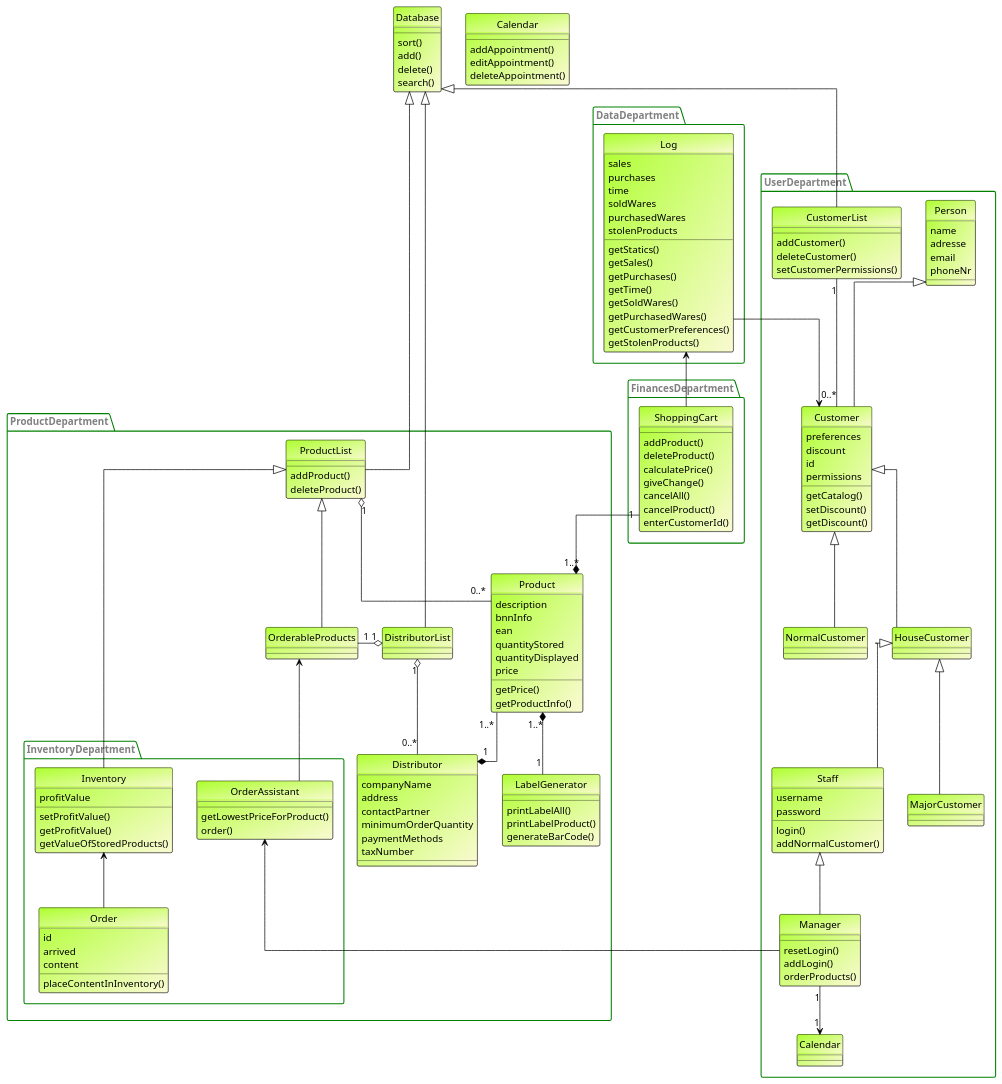
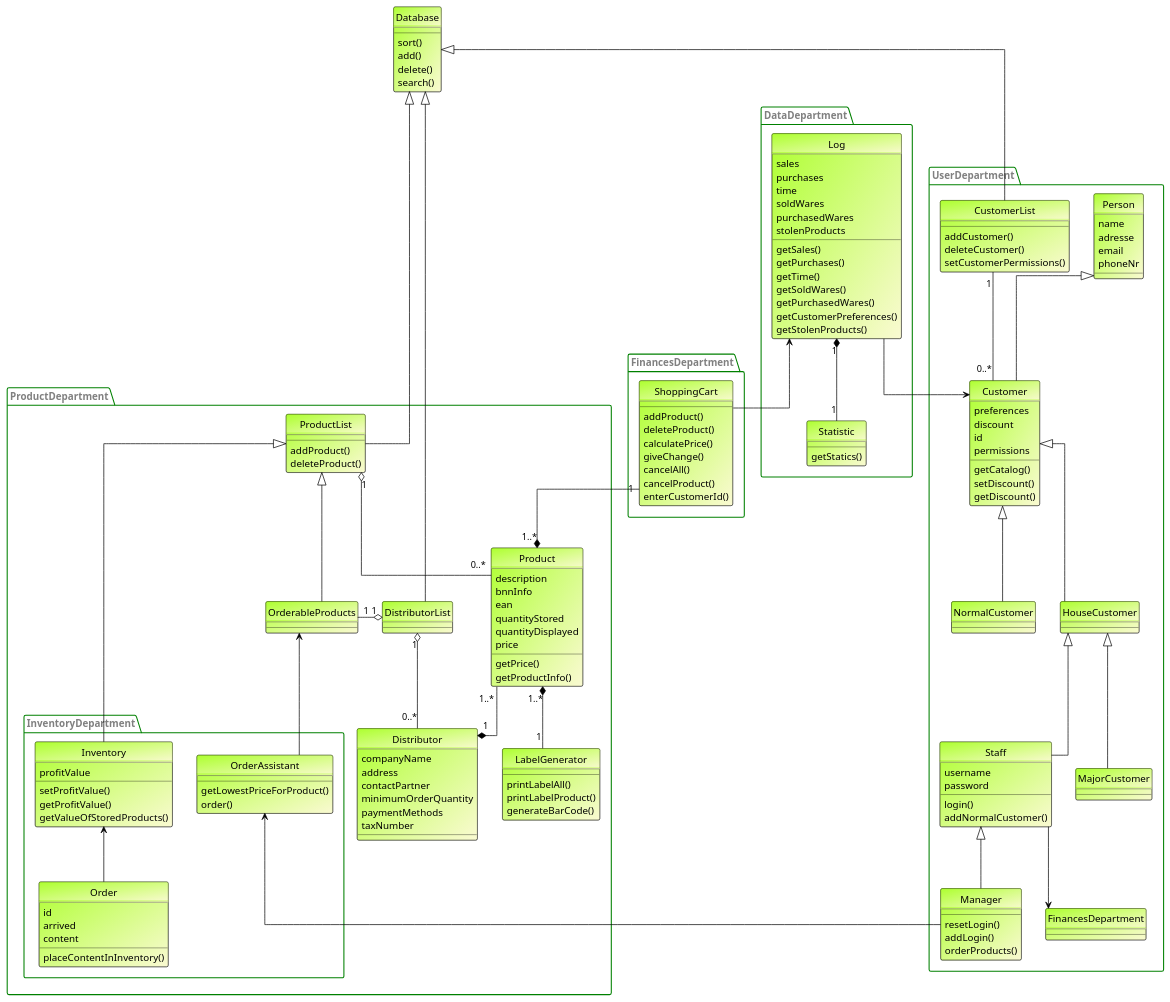
One commit to LimitlessGreen/swt18w43 changed the diagram in src/main/asciidoc/models/analysis/ClassAnalysisDiagram.puml. Above: the diagram before and after it, drawn with PlantUML. The commit also changed 3 other files, not shown here.

Commit message:
[improved] Analysisdiagrams

```diff
--- a/src/main/asciidoc/models/analysis/ClassAnalysisDiagram.puml
+++ b/src/main/asciidoc/models/analysis/ClassAnalysisDiagram.puml
@@ -79,19 +79,13 @@
     addNormalCustomer()
 }
 
-Manager "1" --> "1" Calendar
+
 CustomerList "1" -- "0..*" Customer
 Database ^-- CustomerList
 
+Staff --> FinancesDepartment
+
 }
-
-
-class Calendar{
-    addAppointment()
-    editAppointment()
-    deleteAppointment()
-}
-
 
 
 
@@ -200,7 +194,7 @@
         purchasedWares
         stolenProducts
 
-        getStatics()
+
         getSales()
         getPurchases()
         getTime()
@@ -210,7 +204,11 @@
         getStolenProducts()
     }
 
+    class Statistic{
+        getStatics()
+    }
 
+    Log "1" *-- "1" Statistic
     Log -right-> Customer
 
 
```
